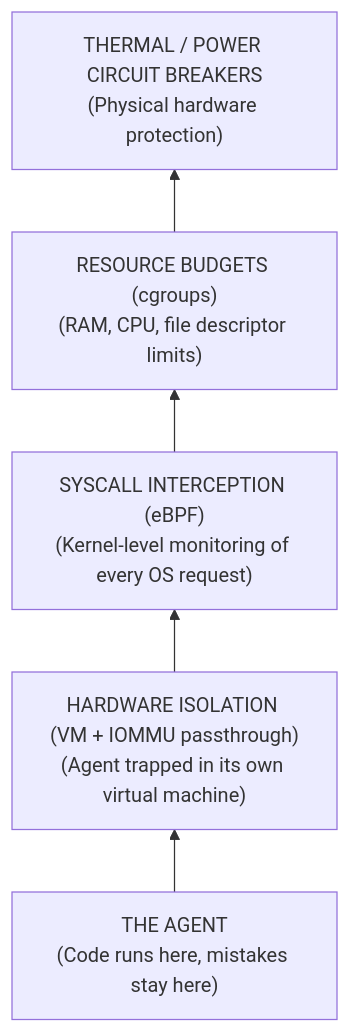
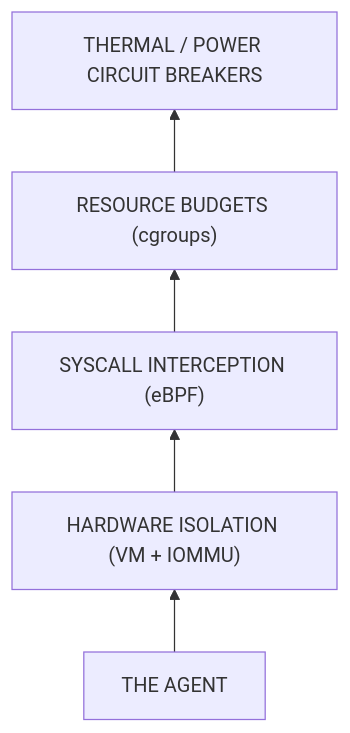
The second of 8 diagrams in writing-production-code.md (seanpor/AgentGuide), drawn with Mermaid before and after one commit. The commit also changed other lines of this file and 1 other file, not shown here.

First line of the commit message:
Compact Mermaid diagrams for small-screen readability

````diff
--- a/writing-production-code.md
+++ b/writing-production-code.md
@@ -392,9 +392,9 @@
 ```mermaid
 flowchart BT
-    A["THE AGENT<br/>(Code runs here, mistakes stay here)"]
-    H["HARDWARE ISOLATION (VM + IOMMU passthrough)<br/>(Agent trapped in its own virtual machine)"]
-    S["SYSCALL INTERCEPTION (eBPF)<br/>(Kernel-level monitoring of every OS request)"]
-    R["RESOURCE BUDGETS (cgroups)<br/>(RAM, CPU, file descriptor limits)"]
-    T["THERMAL / POWER CIRCUIT BREAKERS<br/>(Physical hardware protection)"]
+    A["THE AGENT"]
+    H["HARDWARE ISOLATION (VM + IOMMU)"]
+    S["SYSCALL INTERCEPTION (eBPF)"]
+    R["RESOURCE BUDGETS (cgroups)"]
+    T["THERMAL / POWER CIRCUIT BREAKERS"]
     A --> H --> S --> R --> T
 ```
````
